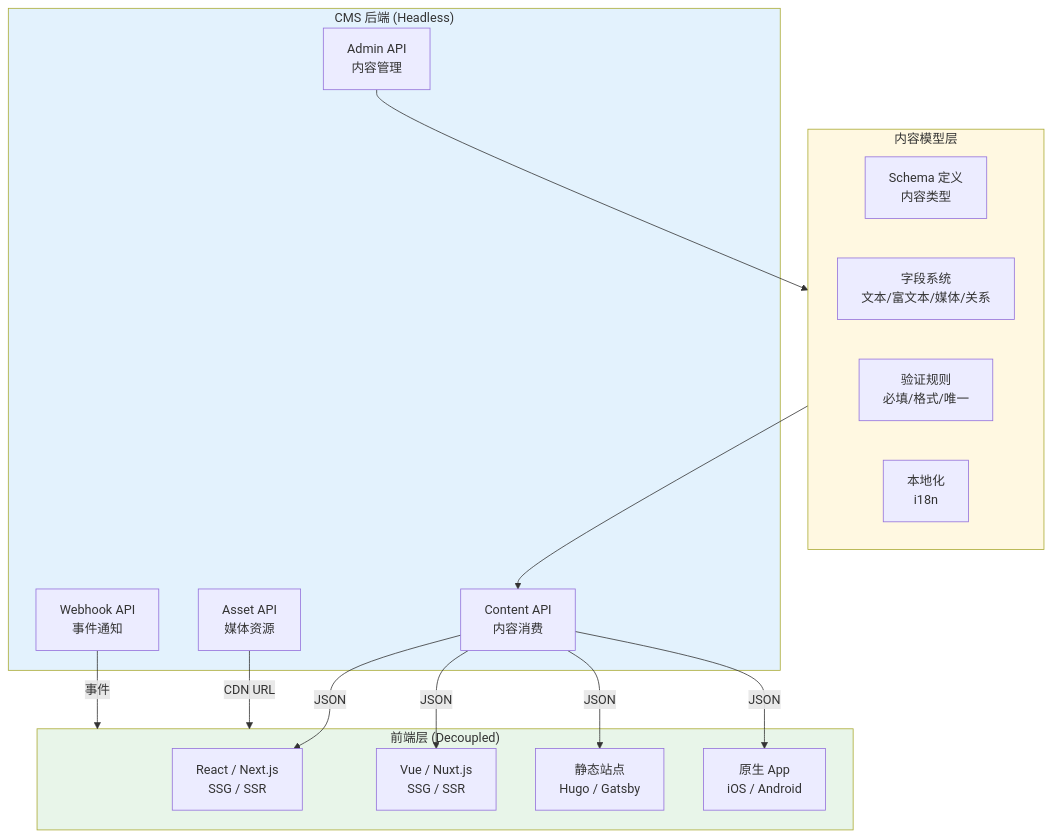
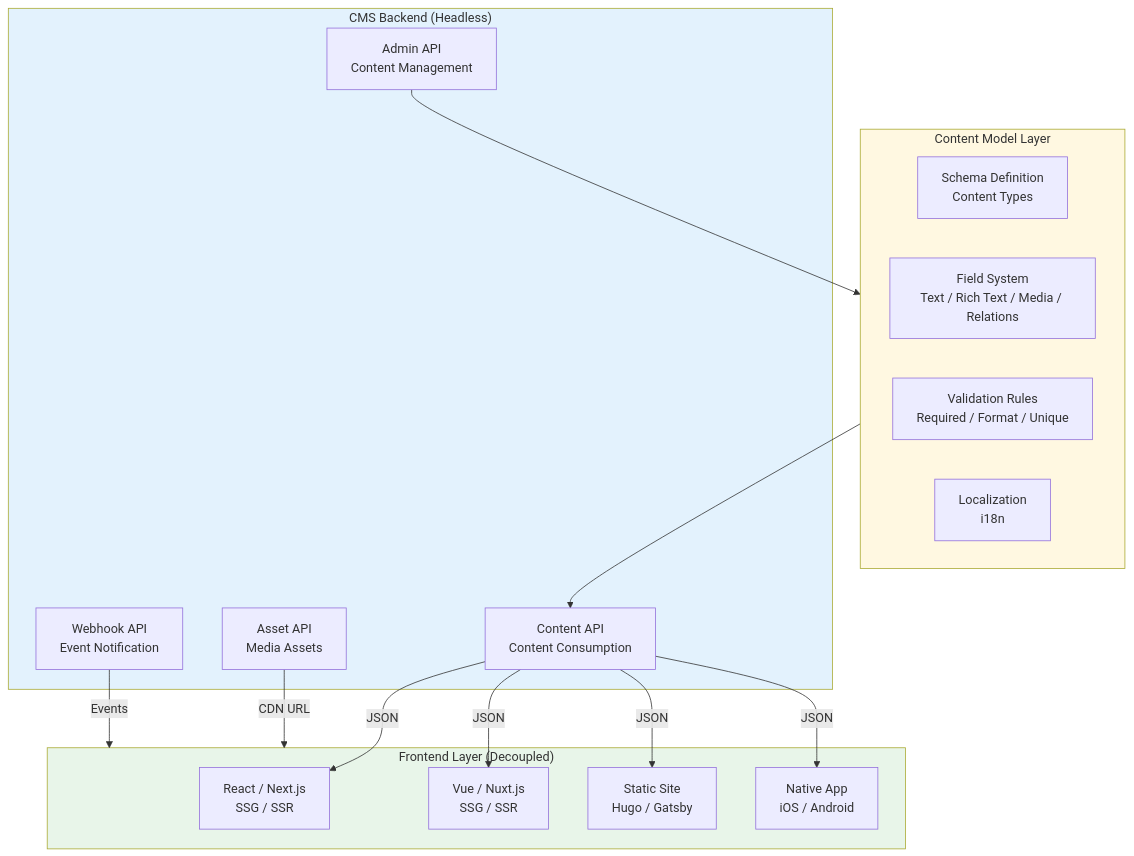
Before and after one commit to teaglebuilt/knowledge-tree: the second of 10 diagrams in tree/application/architecture/cms-architecture.md, drawn with Mermaid. The commit also changed other lines of this file and 8 other files, not shown here.

````diff
--- a/tree/application/architecture/cms-architecture.md
+++ b/tree/application/architecture/cms-architecture.md
@@ -180,32 +183,32 @@
 ```mermaid
 flowchart TB
-    subgraph Backend["CMS 后端 (Headless)"]
-        ADMIN_API["Admin API<br/>内容管理"]
-        CONTENT_API["Content API<br/>内容消费"]
-        ASSET_API["Asset API<br/>媒体资源"]
-        WEBHOOK_API["Webhook API<br/>事件通知"]
+    subgraph Backend["CMS Backend (Headless)"]
+        ADMIN_API["Admin API<br/>Content Management"]
+        CONTENT_API["Content API<br/>Content Consumption"]
+        ASSET_API["Asset API<br/>Media Assets"]
+        WEBHOOK_API["Webhook API<br/>Event Notification"]
     end
 
-    subgraph ContentModel["内容模型层"]
-        SCHEMA["Schema 定义<br/>内容类型"]
-        FIELD["字段系统<br/>文本/富文本/媒体/关系"]
-        VALIDATE["验证规则<br/>必填/格式/唯一"]
-        LOCALIZE["本地化<br/>i18n"]
+    subgraph ContentModel["Content Model Layer"]
+        SCHEMA["Schema Definition<br/>Content Types"]
+        FIELD["Field System<br/>Text / Rich Text / Media / Relations"]
+        VALIDATE["Validation Rules<br/>Required / Format / Unique"]
+        LOCALIZE["Localization<br/>i18n"]
     end
 
-    subgraph Frontend["前端层 (Decoupled)"]
+    subgraph Frontend["Frontend Layer (Decoupled)"]
         REACT["React / Next.js<br/>SSG / SSR"]
         VUE["Vue / Nuxt.js<br/>SSG / SSR"]
-        STATIC["静态站点<br/>Hugo / Gatsby"]
-        NATIVE["原生 App<br/>iOS / Android"]
+        STATIC["Static Site<br/>Hugo / Gatsby"]
+        NATIVE["Native App<br/>iOS / Android"]
     end
 
     ADMIN_API --> ContentModel --> CONTENT_API
     CONTENT_API -->|JSON| REACT & VUE & STATIC & NATIVE
     ASSET_API -->|CDN URL| Frontend
-    WEBHOOK_API -->|事件| Frontend
+    WEBHOOK_API -->|Events| Frontend
 
     style Backend fill:#e3f2fd
     style ContentModel fill:#fff8e1
     style Frontend fill:#e8f5e9
 ```
````
